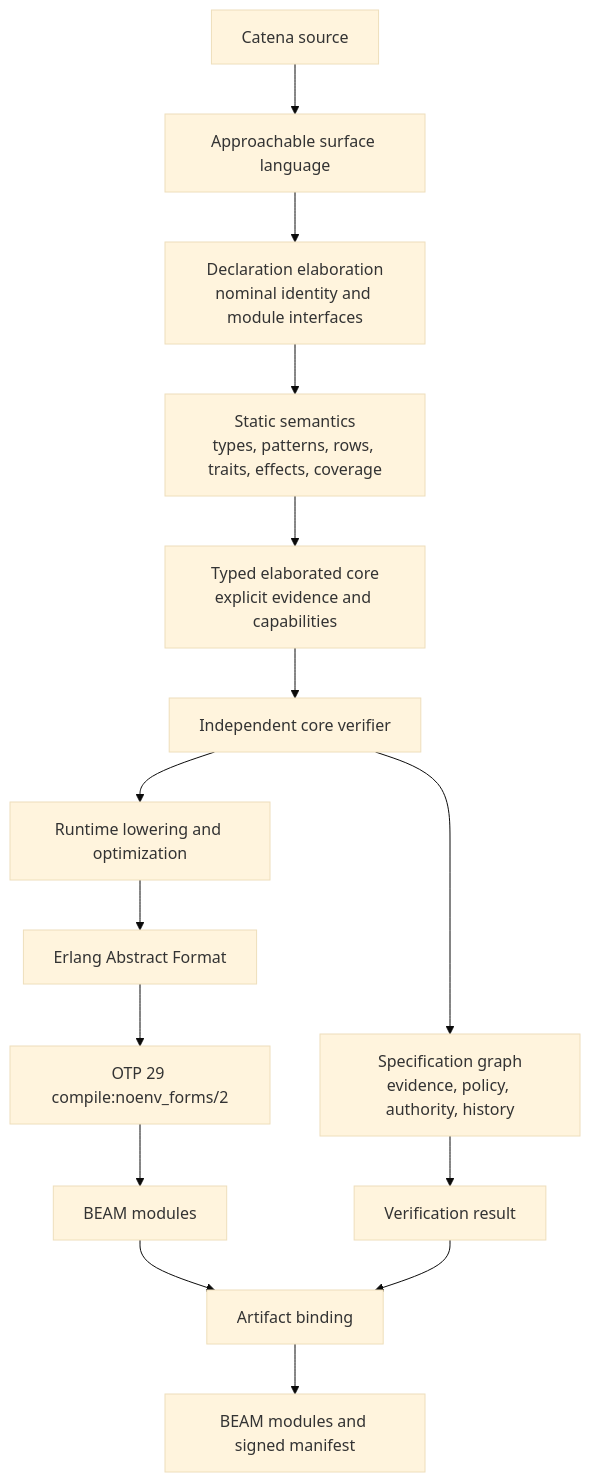
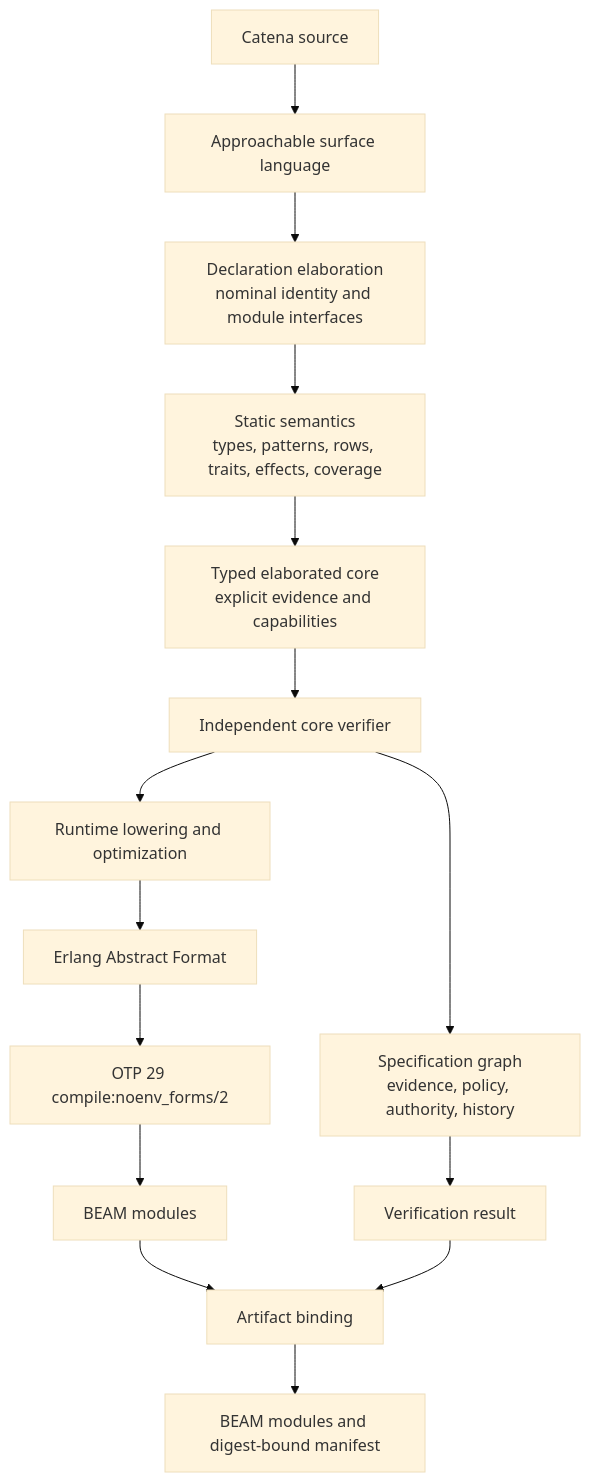
Before and after one commit to pcharbon70/catena-research: the first of 2 diagrams in language-overview.md, drawn with Mermaid (base theme). The commit also changed other lines of this file and 15 other files, not shown here.

````diff
--- a/language-overview.md
+++ b/language-overview.md
@@ -33,17 +33,17 @@
 ```mermaid
 flowchart TD
     S[Catena source] --> U[Approachable surface language]
     U --> DE[Declaration elaboration<br/>nominal identity and module interfaces]
     DE --> ST[Static semantics<br/>types, patterns, rows, traits, effects, coverage]
     ST --> TC[Typed elaborated core<br/>explicit evidence and capabilities]
     TC --> V[Independent core verifier]
     V --> R[Runtime lowering and optimization]
     V --> SG[Specification graph<br/>evidence, policy, authority, history]
     R --> EAF[Erlang Abstract Format]
     EAF --> OTP[OTP 29 compile:noenv_forms/2]
     OTP --> B[BEAM modules]
     SG --> VR[Verification result]
     B --> AB[Artifact binding]
     VR --> AB
-    AB --> OUT[BEAM modules and signed manifest]
+    AB --> OUT[BEAM modules and digest-bound manifest]
 ```
````
